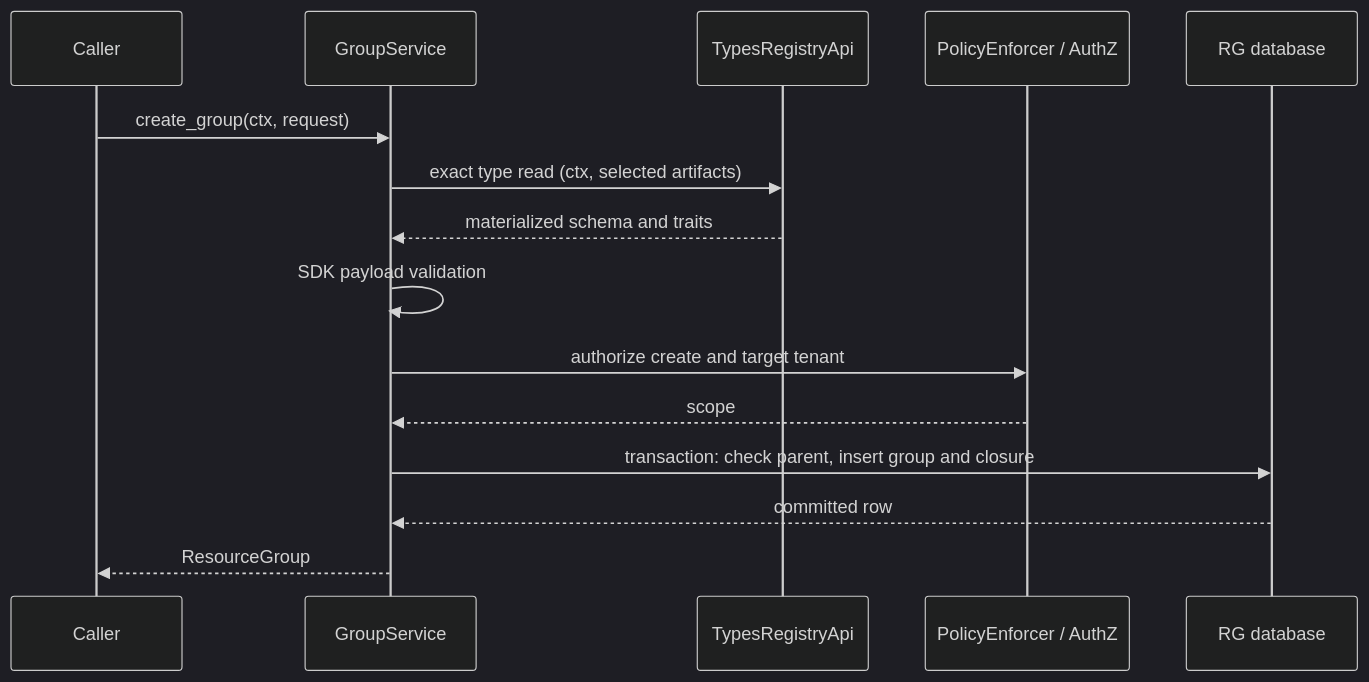
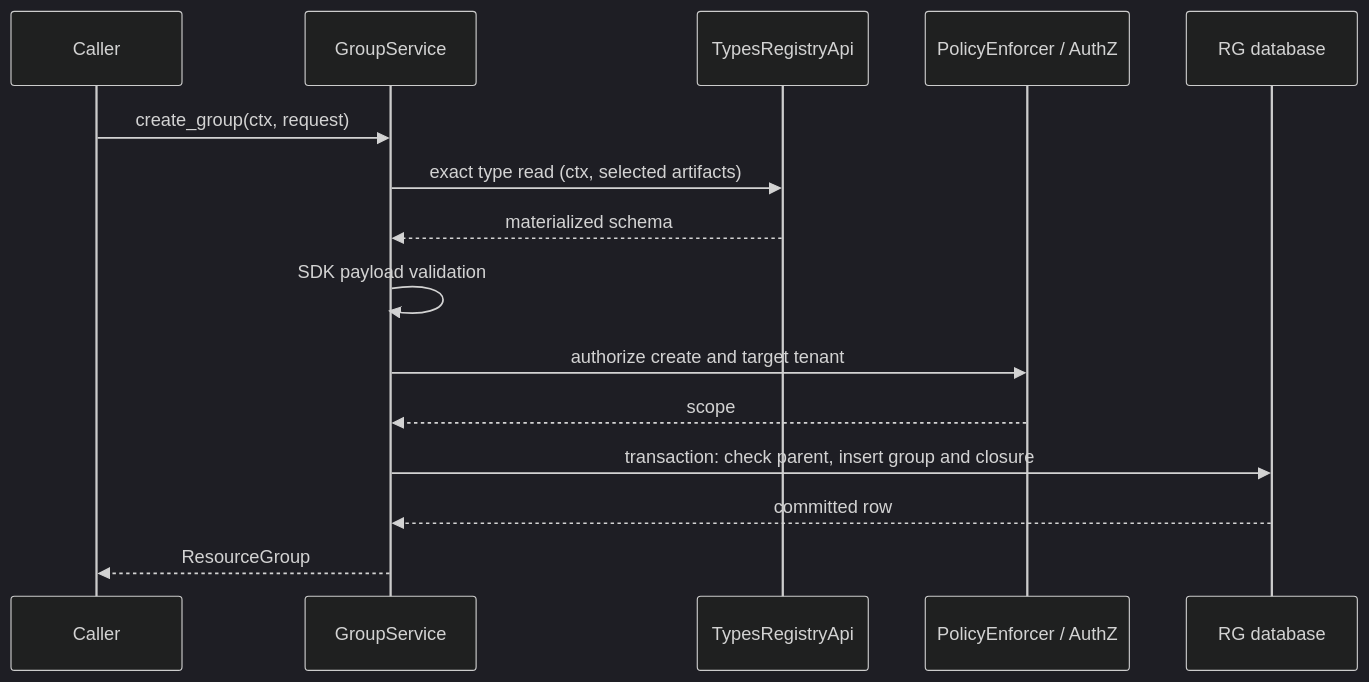
One commit to constructorfabric/gears-rust changed the second of 2 diagrams in gears/system/resource-group/docs/DESIGN.md. Above: the diagram before and after it, drawn with Mermaid (dark theme). The commit also changed other lines of this file and 45 other files, not shown here.

First line of the commit message:
feat(resource-group): validate placement and membership with GTS schemas

````diff
--- a/gears/system/resource-group/docs/DESIGN.md
+++ b/gears/system/resource-group/docs/DESIGN.md
@@ -482,17 +485,17 @@
 ```mermaid
 sequenceDiagram
     participant Caller
     participant RG as GroupService
     participant TR as TypesRegistryApi
     participant PDP as PolicyEnforcer / AuthZ
     participant DB as RG database
     Caller->>RG: create_group(ctx, request)
     RG->>TR: exact type read (ctx, selected artifacts)
-    TR-->>RG: materialized schema and traits
+    TR-->>RG: materialized schema
     RG->>RG: SDK payload validation
     RG->>PDP: authorize create and target tenant
     PDP-->>RG: scope
     RG->>DB: transaction: check parent, insert group and closure
     DB-->>RG: committed row
     RG-->>Caller: ResourceGroup
 ```
````
